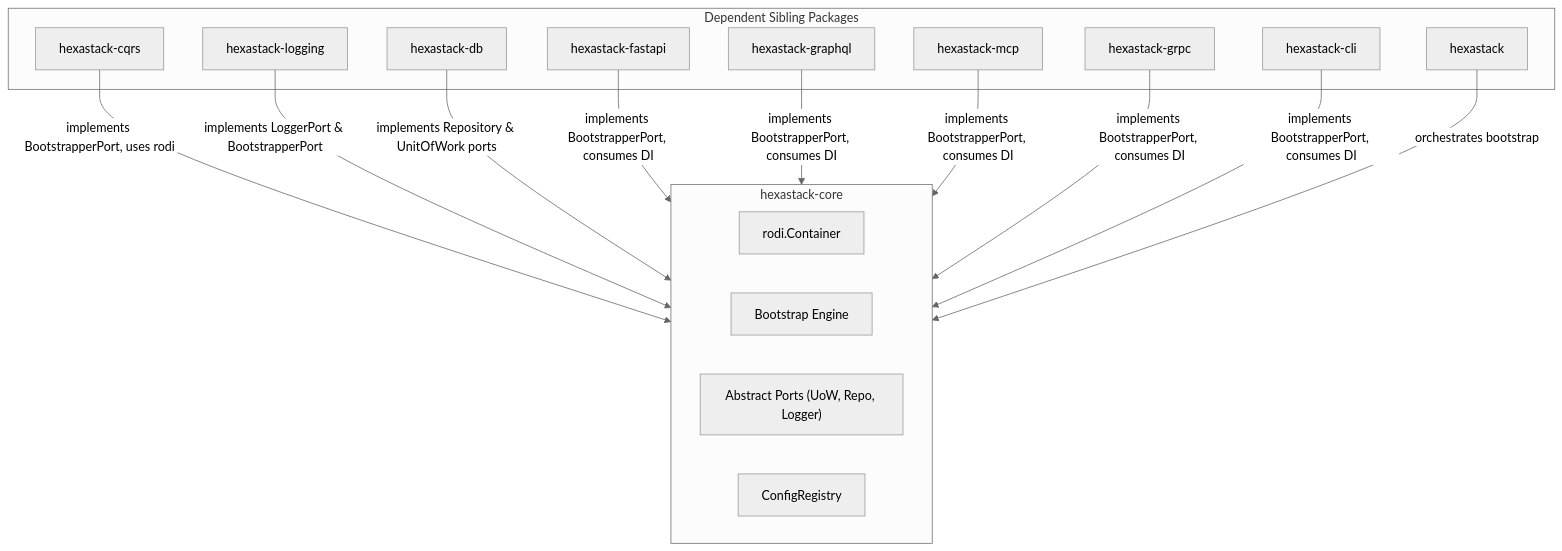
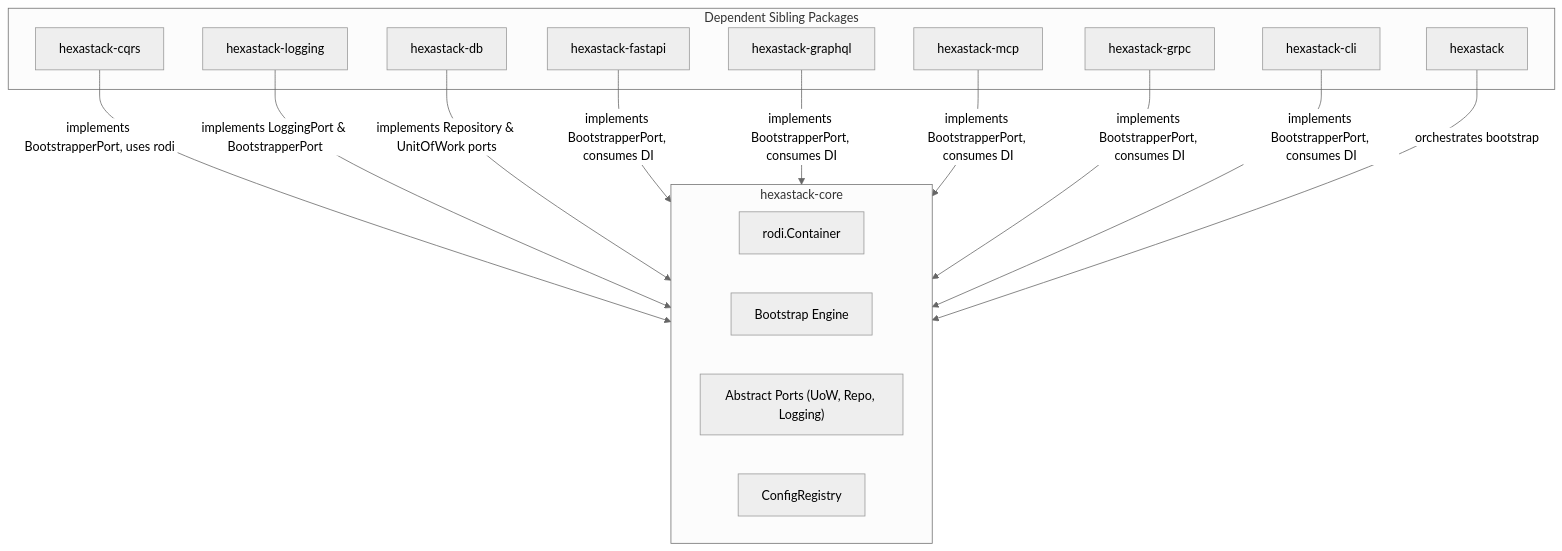
The diagram in packages/hexastack_core/README.md (TheTrueSCU/hexastack), drawn with Mermaid (neutral theme) before and after one commit. The commit also changed other lines of this file and 34 other files, not shown here.

````diff
--- a/packages/hexastack_core/README.md
+++ b/packages/hexastack_core/README.md
@@ -74,31 +74,31 @@
 ```mermaid
 graph TD
     subgraph SiblingPackages ["Dependent Sibling Packages"]
         CQRS["hexastack-cqrs"]
         LOG["hexastack-logging"]
         DB["hexastack-db"]
         FASTAPI["hexastack-fastapi"]
         GRAPHQL["hexastack-graphql"]
         MCP["hexastack-mcp"]
         GRPC["hexastack-grpc"]
         CLI["hexastack-cli"]
         UMBRELLA["hexastack"]
     end
 
     subgraph CoreKernel ["hexastack-core"]
         DI["rodi.Container"]
         BOOT["Bootstrap Engine"]
-        PORTS["Abstract Ports (UoW, Repo, Logger)"]
+        PORTS["Abstract Ports (UoW, Repo, Logging)"]
         CONF["ConfigRegistry"]
     end
 
     CQRS -->|implements BootstrapperPort, uses rodi| CoreKernel
-    LOG -->|implements LoggerPort & BootstrapperPort| CoreKernel
+    LOG -->|implements LoggingPort & BootstrapperPort| CoreKernel
     DB -->|implements Repository & UnitOfWork ports| CoreKernel
     FASTAPI -->|implements BootstrapperPort, consumes DI| CoreKernel
     GRAPHQL -->|implements BootstrapperPort, consumes DI| CoreKernel
     MCP -->|implements BootstrapperPort, consumes DI| CoreKernel
     GRPC -->|implements BootstrapperPort, consumes DI| CoreKernel
     CLI -->|implements BootstrapperPort, consumes DI| CoreKernel
     UMBRELLA -->|orchestrates bootstrap| CoreKernel
 ```
````
